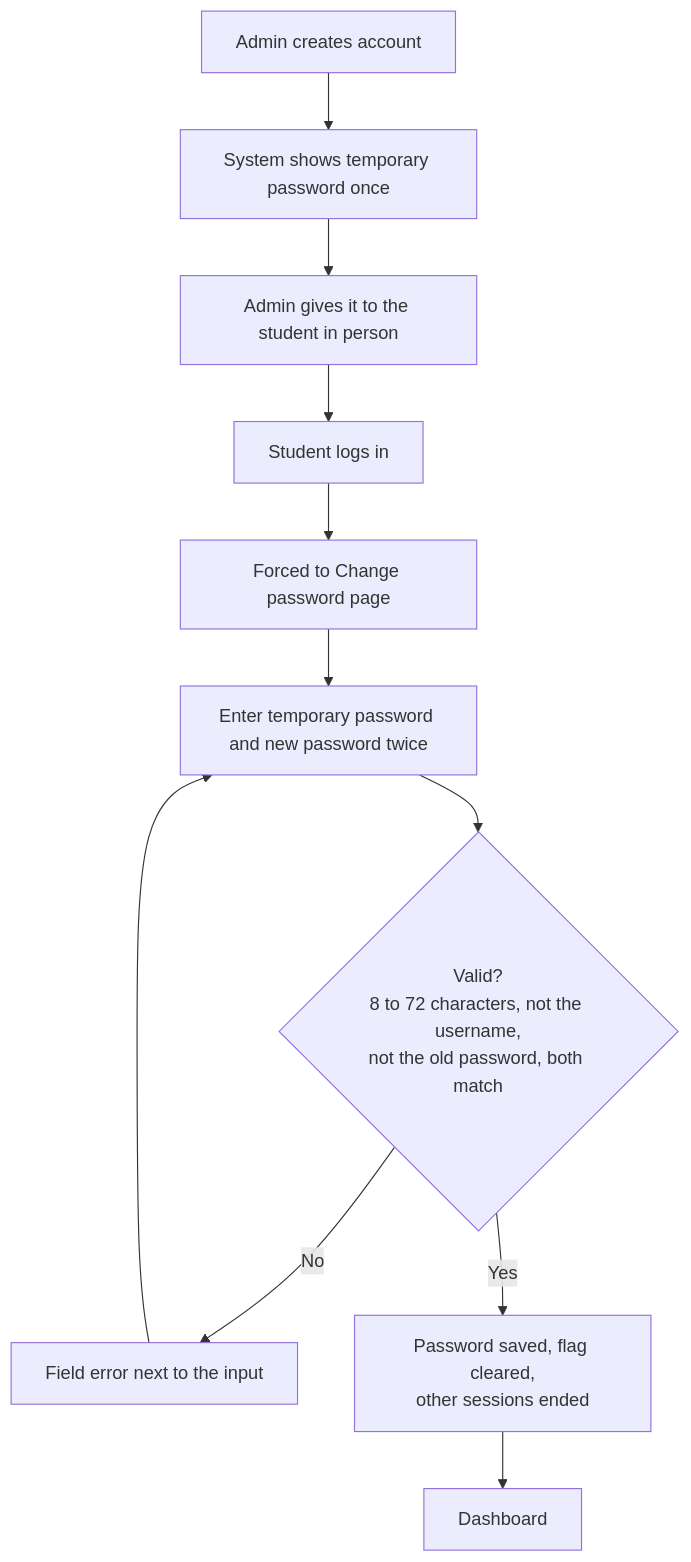
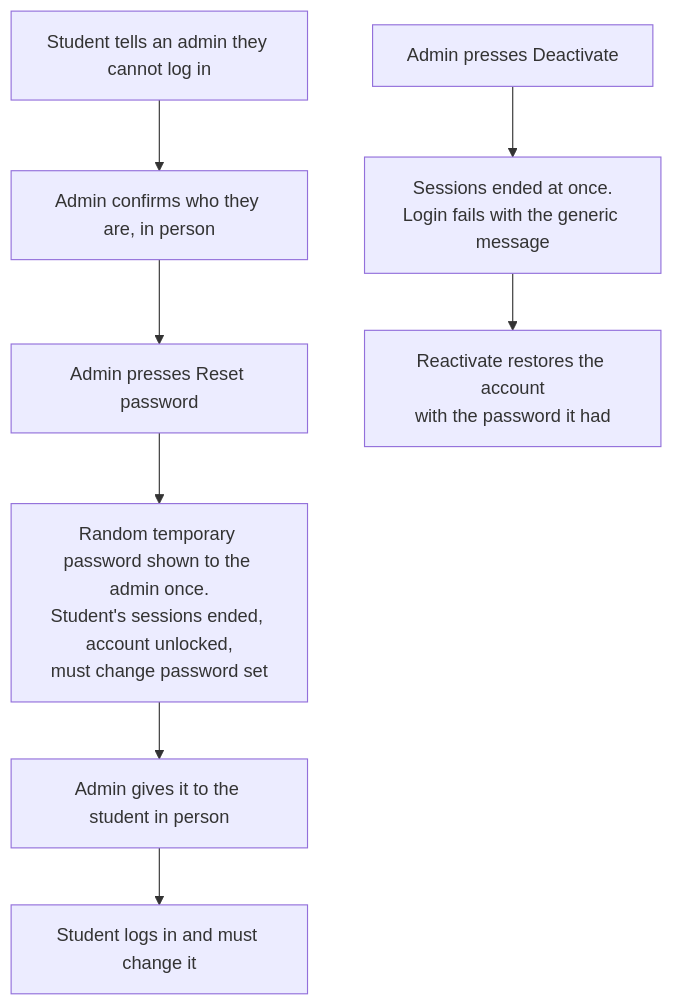
The third of 9 diagrams in docs/06-app-flow.md (Laxmansirvi05/student-management-system), drawn with Mermaid before and after one commit. The commit also changed other lines of this file and 32 other files, not shown here.

````diff
--- a/docs/06-app-flow.md
+++ b/docs/06-app-flow.md
@@ -73,13 +99,11 @@
 ```mermaid
 flowchart TD
-    A["Admin creates account"] --> B["System shows temporary password once"]
-    B --> C["Admin gives it to the student in person"]
-    C --> D["Student logs in"]
-    D --> E["Forced to Change password page"]
-    E --> F["Enter temporary password and new password twice"]
-    F --> G{"Valid?<br/>8 to 72 characters, not the username,<br/>not the old password, both match"}
-    G -- No --> H["Field error next to the input"]
-    H --> F
-    G -- Yes --> I["Password saved, flag cleared,<br/>other sessions ended"]
-    I --> J["Dashboard"]
+    A["Student tells an admin they cannot log in"] --> B["Admin confirms who they are, in person"]
+    B --> C["Admin presses Reset password"]
+    C --> D["Random temporary password shown to the admin once.<br/>Student's sessions ended, account unlocked,<br/>must change password set"]
+    D --> E["Admin gives it to the student in person"]
+    E --> F["Student logs in and must change it"]
+
+    X["Admin presses Deactivate"] --> Y["Sessions ended at once.<br/>Login fails with the generic message"]
+    Y --> Z["Reactivate restores the account<br/>with the password it had"]
 ```
````
